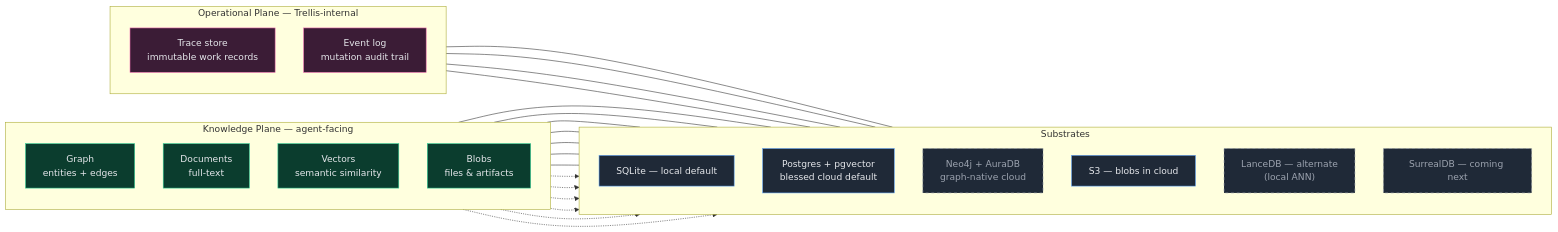
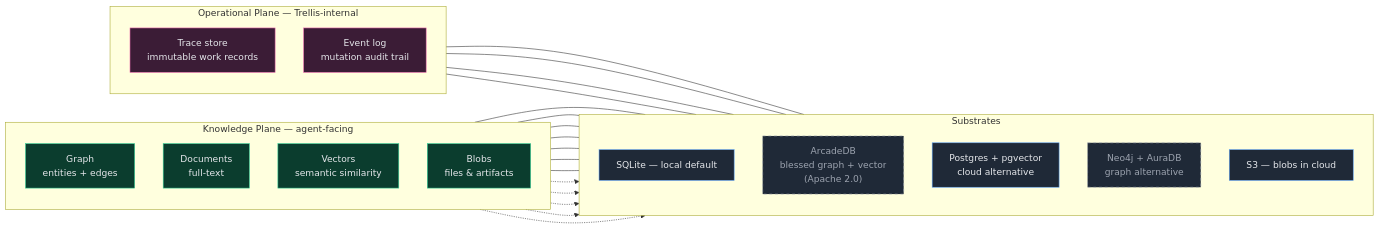
One commit to ronsse/trellis-ai changed the fifth of 5 diagrams in README.md. Above: the diagram before and after it, drawn with Mermaid. The commit also changed other lines of this file and 17 other files, not shown here.

````diff
--- a/README.md
+++ b/README.md
@@ -284,53 +284,51 @@
 ```mermaid
 flowchart LR
     subgraph Knowledge["Knowledge Plane — agent-facing"]
         direction TB
         G["Graph<br/>entities + edges"]
         D["Documents<br/>full-text"]
         V["Vectors<br/>semantic similarity"]
         B["Blobs<br/>files & artifacts"]
     end
 
     subgraph Operational["Operational Plane — Trellis-internal"]
         direction TB
         TR["Trace store<br/>immutable work records"]
         EL["Event log<br/>mutation audit trail"]
     end
 
     subgraph Substrates["Substrates"]
         direction TB
         SQ["SQLite — local default"]
-        PG["Postgres + pgvector<br/>blessed cloud default"]
-        N4["Neo4j + AuraDB<br/>graph-native cloud"]
+        AR["ArcadeDB<br/>blessed graph + vector<br/>(Apache 2.0)"]
+        PG["Postgres + pgvector<br/>cloud alternative"]
+        N4["Neo4j + AuraDB<br/>graph alternative"]
         S3["S3 — blobs in cloud"]
-        LA["LanceDB — alternate<br/>(local ANN)"]
-        SD["SurrealDB — coming next"]
     end
 
     G --- SQ
     D --- SQ
     V --- SQ
     TR --- SQ
     EL --- SQ
     B --- SQ
     G --- PG
     D --- PG
     V --- PG
     TR --- PG
     EL --- PG
     G -.-> N4
     V -.-> N4
     B -.-> S3
-    V -.-> LA
-    G -.-> SD
-    V -.-> SD
+    G -.-> AR
+    V -.-> AR
 
     classDef knowledge fill:#0b3d2e,stroke:#34d399,color:#e5e7eb;
     classDef ops fill:#3b1c36,stroke:#f472b6,color:#e5e7eb;
     classDef sub fill:#1f2937,stroke:#60a5fa,color:#e5e7eb;
     classDef alt fill:#1f2937,stroke:#9ca3af,color:#9ca3af,stroke-dasharray: 5 5;
     class G,D,V,B knowledge;
     class TR,EL ops;
     class SQ,PG,S3 sub;
-    class N4,LA,SD alt;
+    class N4,AR alt;
 ```
````
